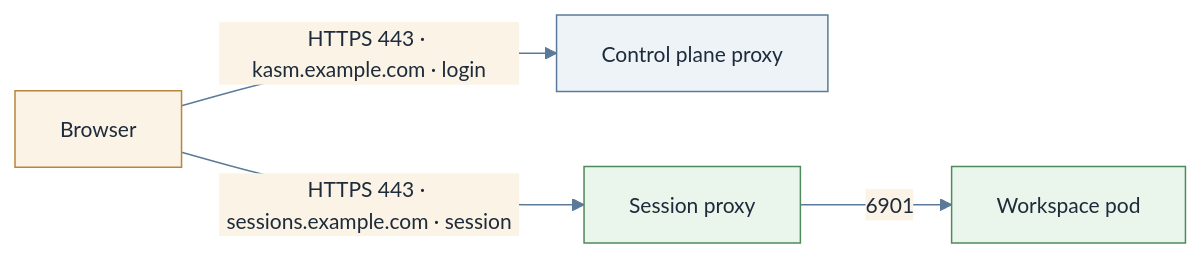
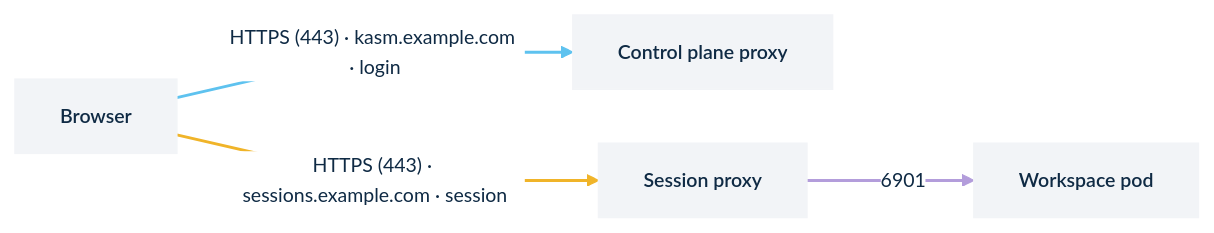
One commit to kasmtech/kasm-helm changed the second of 3 diagrams in docs/explanation/topologies.md. Above: the diagram before and after it, drawn with Mermaid. The commit also changed other lines of this file and 35 other files, not shown here.

First line of the commit message:
Kasm diagram theme, and the operator and agent fixes verified against the dev builds

````diff
--- a/docs/explanation/topologies.md
+++ b/docs/explanation/topologies.md
@@ -31,11 +35,15 @@
 ```mermaid
-%%{init: {"theme":"base","themeVariables":{"primaryColor":"#eef3f8","primaryBorderColor":"#5b7a99","primaryTextColor":"#1d2b3a","secondaryColor":"#fbf3e6","secondaryBorderColor":"#b8863b","tertiaryColor":"#eaf5ec","tertiaryBorderColor":"#4f8a5b","lineColor":"#5b7a99","fontFamily":"Inter, Helvetica, Arial, sans-serif","fontSize":"14px"},"flowchart":{"curve":"basis","htmlLabels":true}}}%%
+%%{init: {"theme":"base","themeVariables":{"background":"#ffffff","primaryColor":"#f2f4f7","primaryBorderColor":"#f2f4f7","primaryTextColor":"#0f2a44","lineColor":"#0f2a44","clusterBkg":"#ffffff","clusterBorder":"#4a4a4a","edgeLabelBackground":"#ffffff","fontFamily":"Montserrat, Helvetica, Arial, sans-serif","fontSize":"13px"},"flowchart":{"curve":"linear","htmlLabels":true,"nodeSpacing":36,"rankSpacing":64}}}%%
 flowchart LR
-  browser["Browser"] -->|"HTTPS 443 · kasm.example.com · login"| cp["Control plane proxy"]
-  browser -->|"HTTPS 443 · sessions.example.com · session"| sp["Session proxy"]
-  sp -->|"6901"| ws["Workspace pod"]
-  classDef agent fill:#eaf5ec,stroke:#4f8a5b
-  classDef ext fill:#fbf3e6,stroke:#b8863b
-  class sp,ws agent
-  class browser ext
+  browser["Browser"]:::card
+  cp["Control plane proxy"]:::card
+  sp["Session proxy"]:::card
+  ws["Workspace pod"]:::card
+  browser -->|"HTTPS (443) · kasm.example.com · login"| cp
+  browser -->|"HTTPS (443) · sessions.example.com · session"| sp
+  sp -->|"6901"| ws
+  classDef card fill:#f2f4f7,stroke:#f2f4f7,color:#0f2a44,font-weight:600
+  linkStyle 0 stroke:#5ec2ef,stroke-width:2px
+  linkStyle 1 stroke:#f0b429,stroke-width:2px
+  linkStyle 2 stroke:#b39ddb,stroke-width:2px
 ```
````
